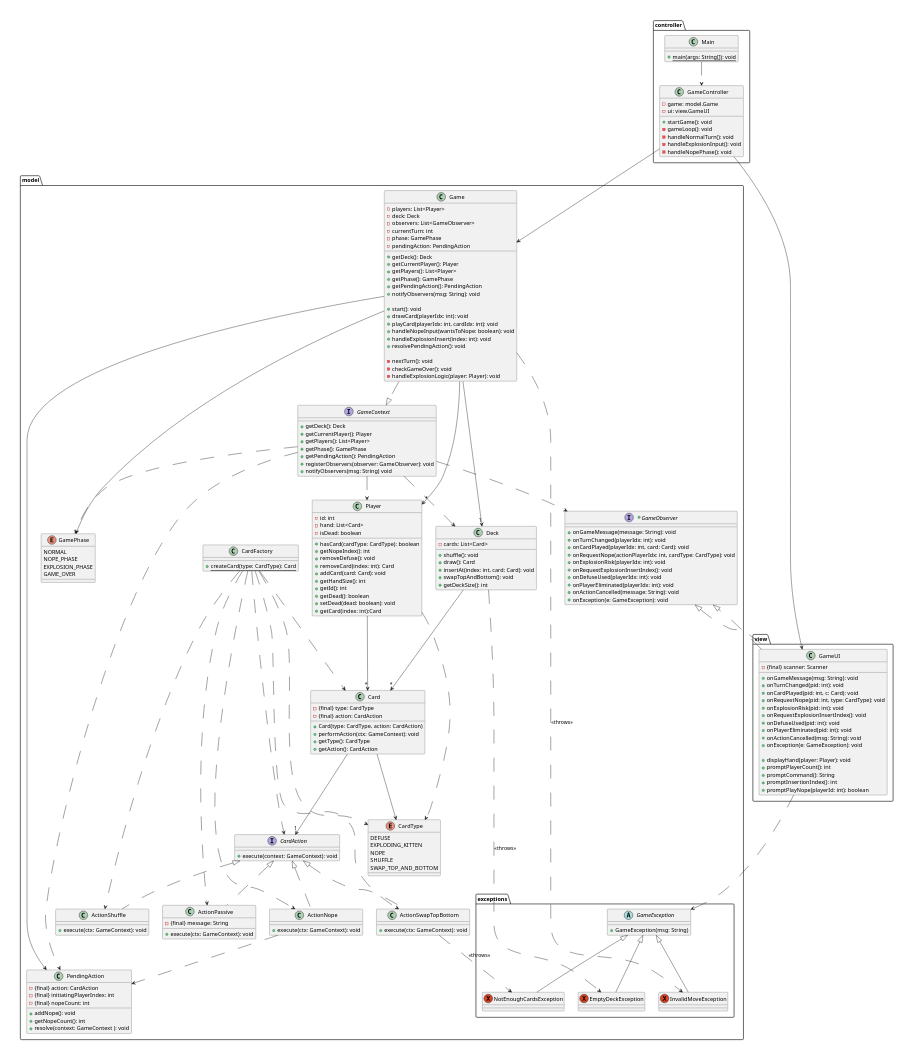
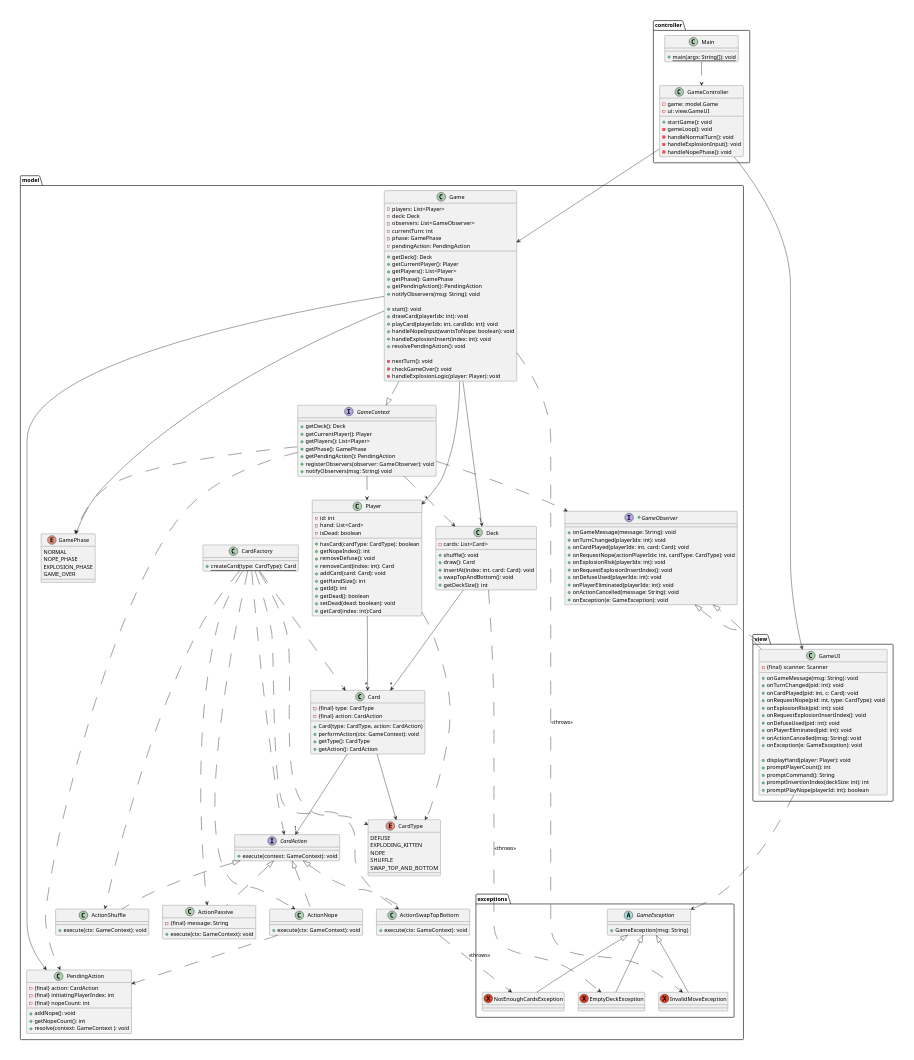
The diagram in docs/design/design.puml (nu-cs-sw-design/project-20252601-396_final), drawn with PlantUML before and after one commit. The commit also changed 5 other files, not shown here.

```diff
--- a/docs/design/design.puml
+++ b/docs/design/design.puml
@@ -167,7 +167,7 @@
         +displayHand(player: Player): void
         +promptPlayerCount(): int
         +promptCommand(): String
-        +promptInsertionIndex(): int
+        +promptInsertionIndex(deckSize: int): int
         +promptPlayNope(playerId: int): boolean
     }
 }
```
